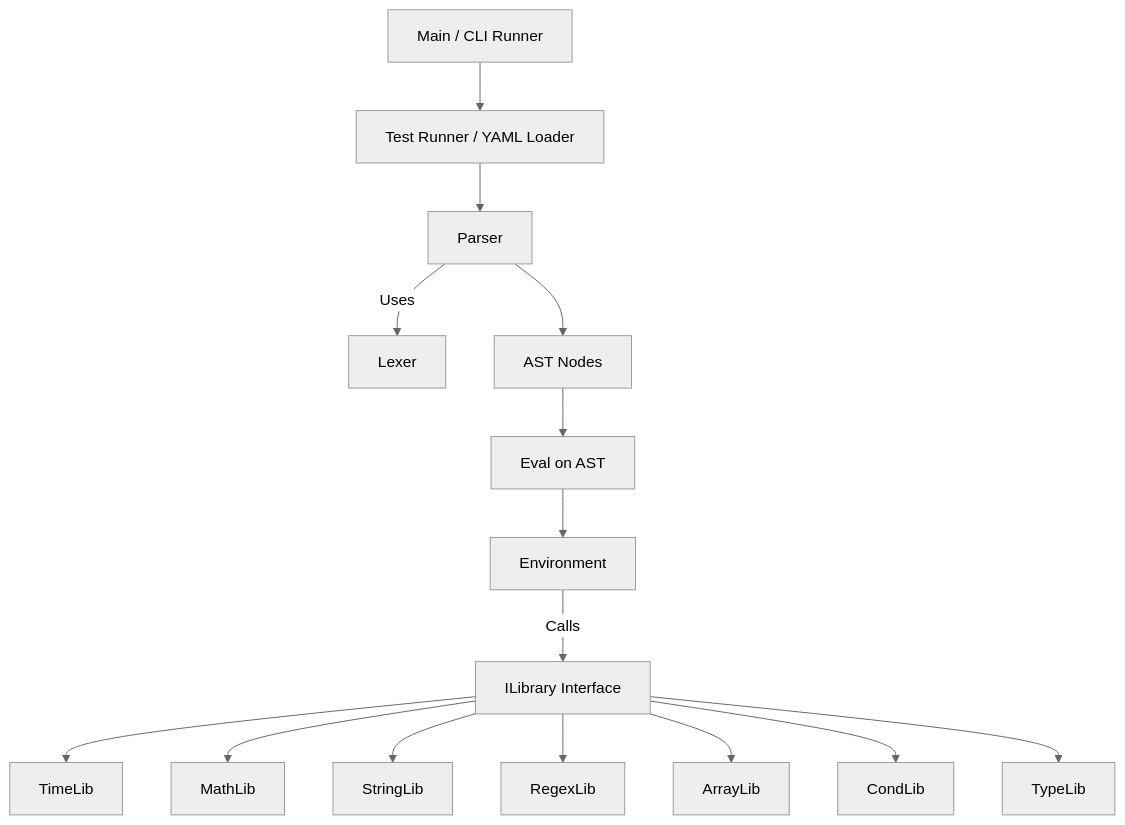
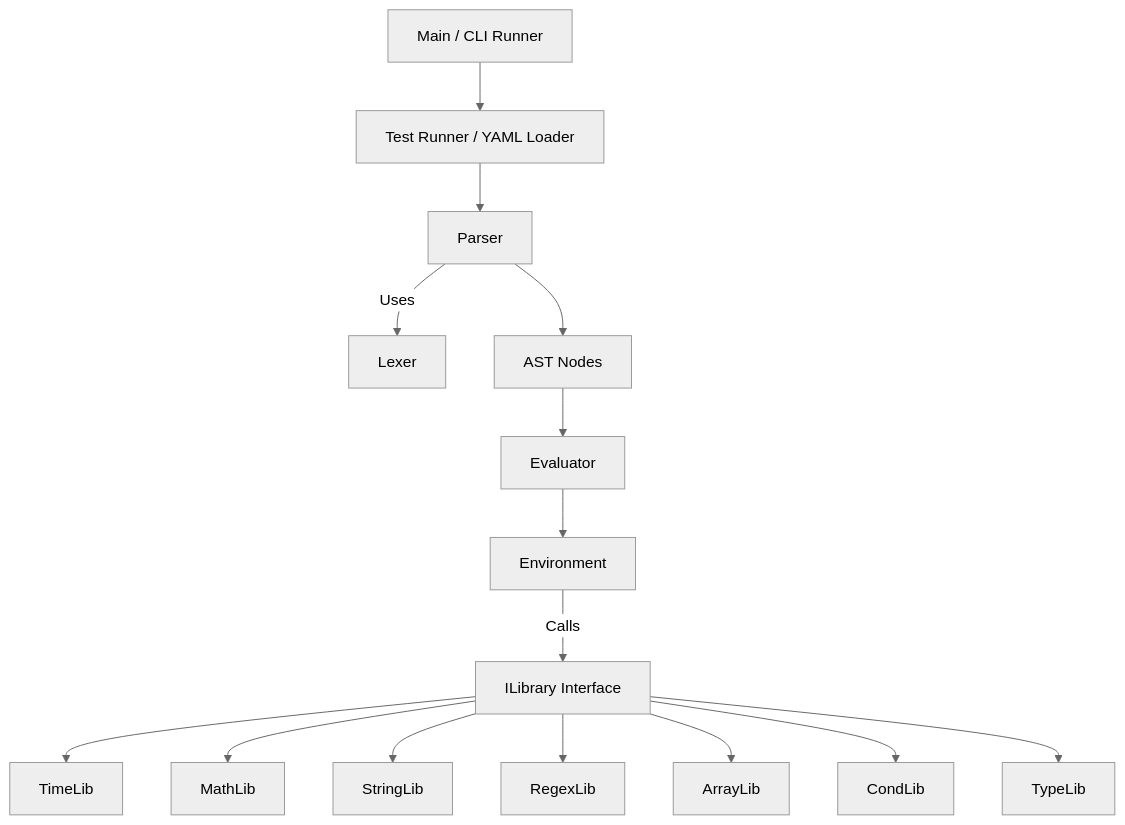
The diagram in spec.md (SpecDrivenDesign/lql), drawn with Mermaid (neutral theme) before and after one commit. The commit also changed other lines of this file, not shown here.

````diff
--- a/spec.md
+++ b/spec.md
@@ -2219,33 +1047,33 @@
 ```mermaid
 flowchart TD
     A[Main / CLI Runner]
     B[Test Runner / YAML Loader]
     C[Parser]
     D[Lexer]
     E[AST Nodes]
-    F[Eval on AST]
+    F[Evaluator]
     G[Environment]
     H[ILibrary Interface]
     I[TimeLib]
     J[MathLib]
     K[StringLib]
     L[RegexLib]
     M[ArrayLib]
     N[CondLib]
     O[TypeLib]
 
     A --> B
     B --> C
     C -->|Uses| D
     C --> E
     E --> F
     F --> G
     G -->|Calls| H
     H --> I
     H --> J
     H --> K
     H --> L
     H --> M
     H --> N
     H --> O
 ```
````
